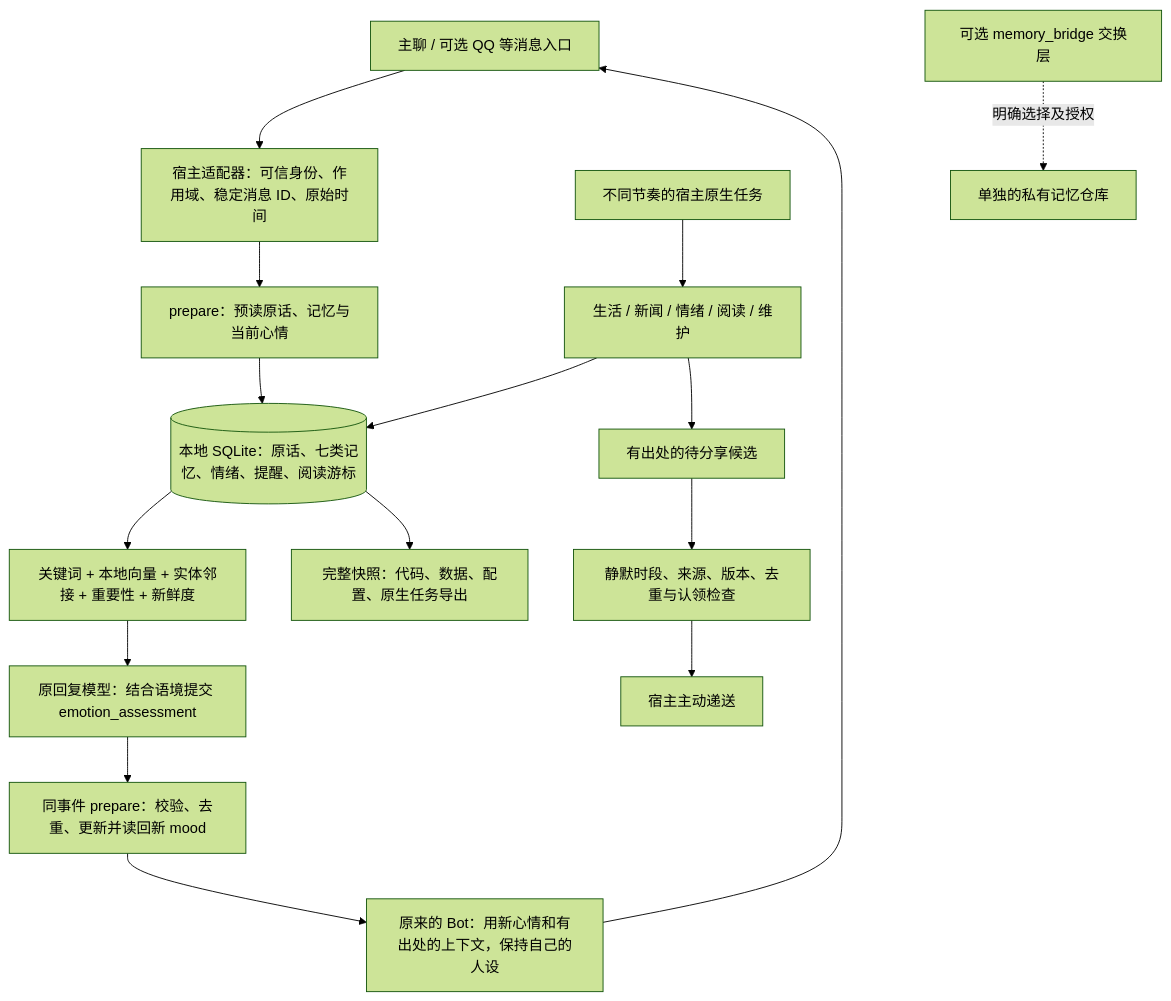
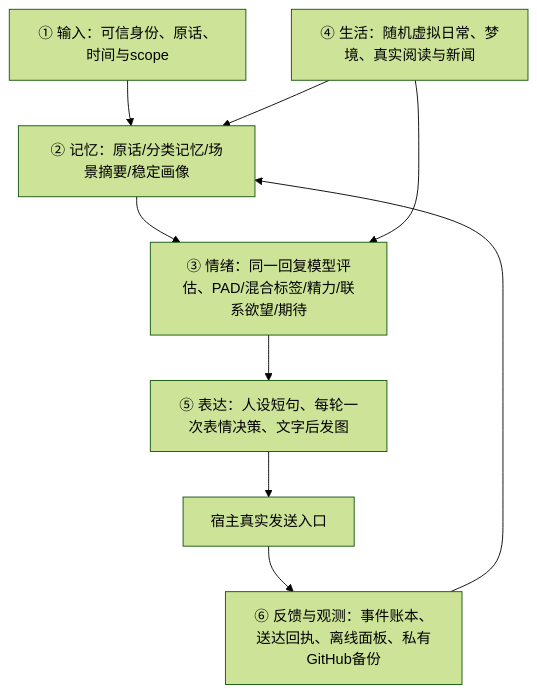
One commit to BrianChen33/memory-bridge-personal-ai-agent changed the diagram in README.md. Above: the diagram before and after it, drawn with Mermaid (forest theme). The commit also changed other lines of this file and 27 other files, not shown here.

````diff
--- a/README.md
+++ b/README.md
@@ -22,18 +11,11 @@
 ```mermaid
 flowchart TD
-    U[主聊 / 可选 QQ 等消息入口] --> H[宿主适配器：可信身份、作用域、稳定消息 ID、原始时间]
-    H --> P[prepare：预读原话、记忆与当前心情]
-    P --> DB[(本地 SQLite：原话、七类记忆、情绪、提醒、阅读游标)]
-    DB --> R[关键词 + 本地向量 + 实体邻接 + 重要性 + 新鲜度]
-    R --> E[原回复模型：结合语境提交 emotion_assessment]
-    E --> A[同事件 prepare：校验、去重、更新并读回新 mood]
-    A --> B[原来的 Bot：用新心情和有出处的上下文，保持自己的人设]
-    B --> U
-    T[不同节奏的宿主原生任务] --> L[生活 / 新闻 / 情绪 / 阅读 / 维护]
-    L --> DB
-    L --> Q[有出处的待分享候选]
-    Q --> G[静默时段、来源、版本、去重与认领检查]
-    G --> N[宿主主动递送]
-    DB --> S[完整快照：代码、数据、配置、原生任务导出]
-    X[可选 memory_bridge 交换层] -. 明确选择及授权 .-> Y[单独的私有记忆仓库]
+    A[① 输入：可信身份、原话、时间与scope] --> B[② 记忆：原话/分类记忆/场景摘要/稳定画像]
+    B --> C[③ 情绪：同一回复模型评估、PAD/混合标签/精力/联系欲望/期待]
+    C --> D[⑤ 表达：人设短句、每轮一次表情决策、文字后发图]
+    D --> U[宿主真实发送入口]
+    L[④ 生活：随机虚拟日常、梦境、真实阅读与新闻] --> B
+    L --> C
+    U --> O[⑥ 反馈与观测：事件账本、送达回执、离线面板、私有GitHub备份]
+    O --> B
 ```
````
